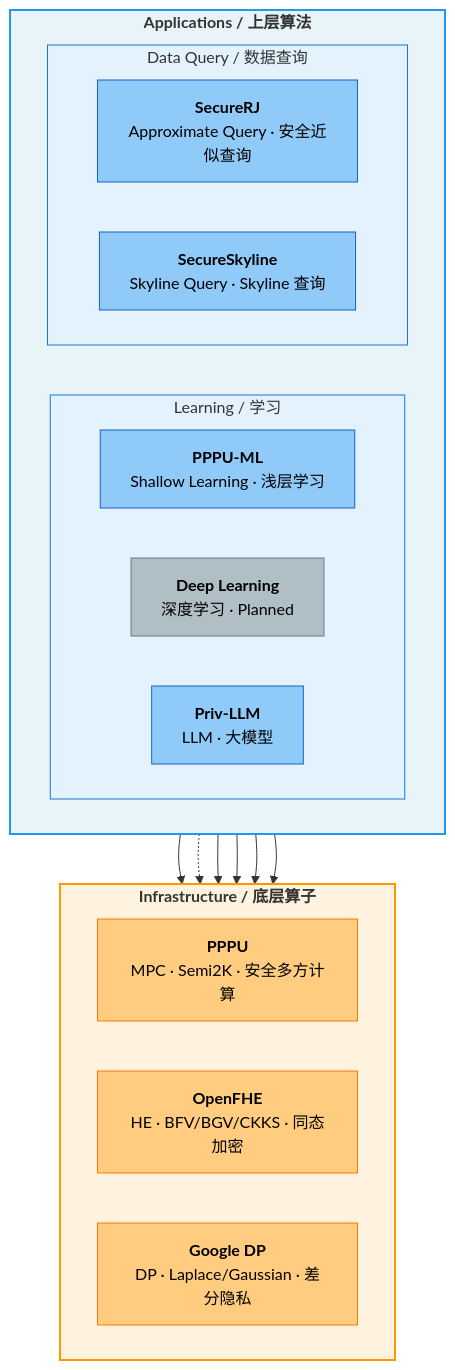
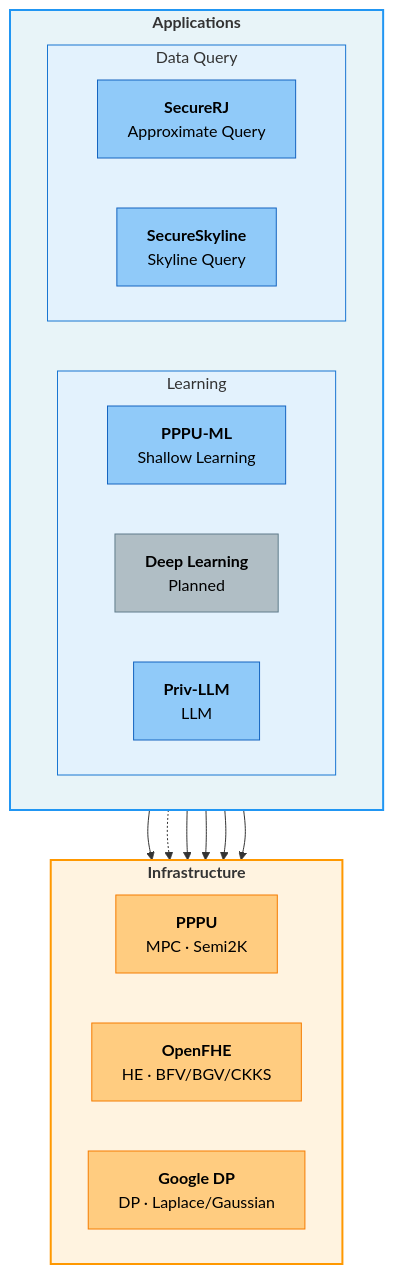
One commit to nezha-privacy/.github changed the diagram in profile/README.md. Above: the diagram before and after it, drawn with Mermaid. The commit also changed other lines of this file and 1 other file, not shown here.

````diff
--- a/profile/README.md
+++ b/profile/README.md
@@ -15,47 +13,47 @@
 ```mermaid
 flowchart TD
 
-  subgraph Applications["<b>Applications / 上层算法</b>"]
+  subgraph Applications["<b>Applications</b>"]
     direction LR
 
-    subgraph Learning["Learning / 学习"]
+    subgraph Learning["Learning"]
       direction LR
-      PPPU_ML["<b>PPPU-ML</b><br/>Shallow Learning · 浅层学习"]
-      DL["<b>Deep Learning</b><br/>深度学习 · Planned"]
-      Priv_LLM["<b>Priv-LLM</b><br/>LLM · 大模型"]
+      PPPU_ML["<b>PPPU-ML</b><br/>Shallow Learning"]
+      DL["<b>Deep Learning</b><br/>Planned"]
+      Priv_LLM["<b>Priv-LLM</b><br/>LLM"]
     end
 
-    subgraph Query["Data Query / 数据查询"]
+    subgraph Query["Data Query"]
       direction LR
-      SecureRJ["<b>SecureRJ</b><br/>Approximate Query · 安全近似查询"]
-      SecureSkyline["<b>SecureSkyline</b><br/>Skyline Query · Skyline 查询"]
+      SecureRJ["<b>SecureRJ</b><br/>Approximate Query"]
+      SecureSkyline["<b>SecureSkyline</b><br/>Skyline Query"]
     end
   end
 
-  subgraph Infrastructure["<b>Infrastructure / 底层算子</b>"]
+  subgraph Infrastructure["<b>Infrastructure</b>"]
     direction LR
-    PPPU["<b>PPPU</b><br/>MPC · Semi2K · 安全多方计算"]
-    OpenFHE["<b>OpenFHE</b><br/>HE · BFV/BGV/CKKS · 同态加密"]
-    GoogleDP["<b>Google DP</b><br/>DP · Laplace/Gaussian · 差分隐私"]
+    PPPU["<b>PPPU</b><br/>MPC · Semi2K"]
+    OpenFHE["<b>OpenFHE</b><br/>HE · BFV/BGV/CKKS"]
+    GoogleDP["<b>Google DP</b><br/>DP · Laplace/Gaussian"]
   end
 
   PPPU_ML --> PPPU
   DL -.-> PPPU
   Priv_LLM --> PPPU
   Priv_LLM --> OpenFHE
   SecureRJ --> PPPU
   SecureSkyline --> PPPU
 
   style Applications fill:#e8f4f8,stroke:#2196F3,stroke-width:2px,color:#333
   style Learning fill:#e3f2fd,stroke:#1976D2,stroke-width:1px,color:#333
   style Query fill:#e3f2fd,stroke:#1976D2,stroke-width:1px,color:#333
   style Infrastructure fill:#fff3e0,stroke:#FF9800,stroke-width:2px,color:#333
   style PPPU fill:#ffcc80,stroke:#F57C00,color:#000
   style OpenFHE fill:#ffcc80,stroke:#F57C00,color:#000
   style GoogleDP fill:#ffcc80,stroke:#F57C00,color:#000
   style PPPU_ML fill:#90caf9,stroke:#1565C0,color:#000
   style DL fill:#b0bec5,stroke:#607D8B,color:#000
   style Priv_LLM fill:#90caf9,stroke:#1565C0,color:#000
   style SecureRJ fill:#90caf9,stroke:#1565C0,color:#000
   style SecureSkyline fill:#90caf9,stroke:#1565C0,color:#000
 ```
````
